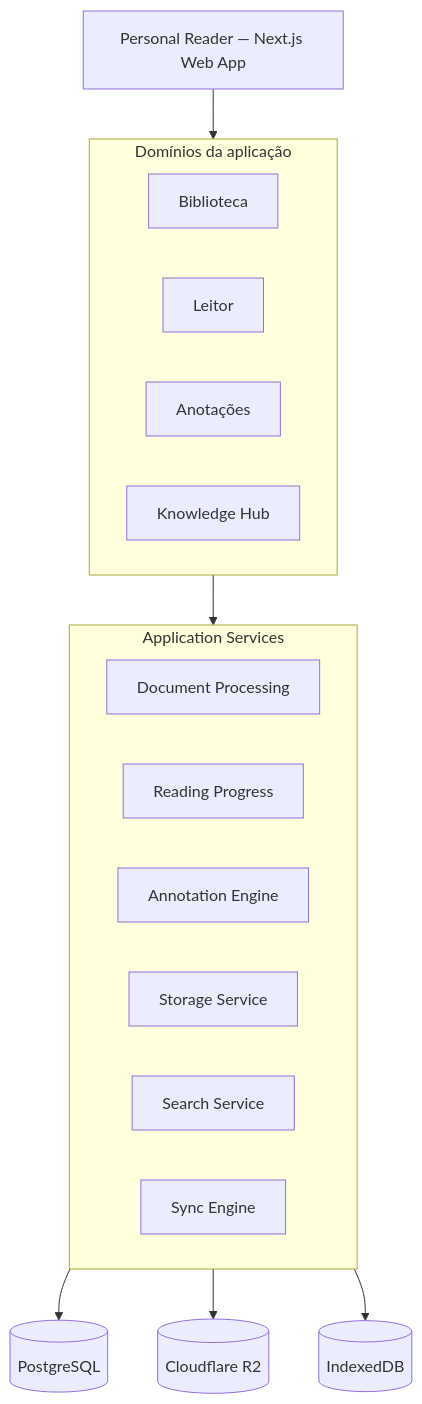
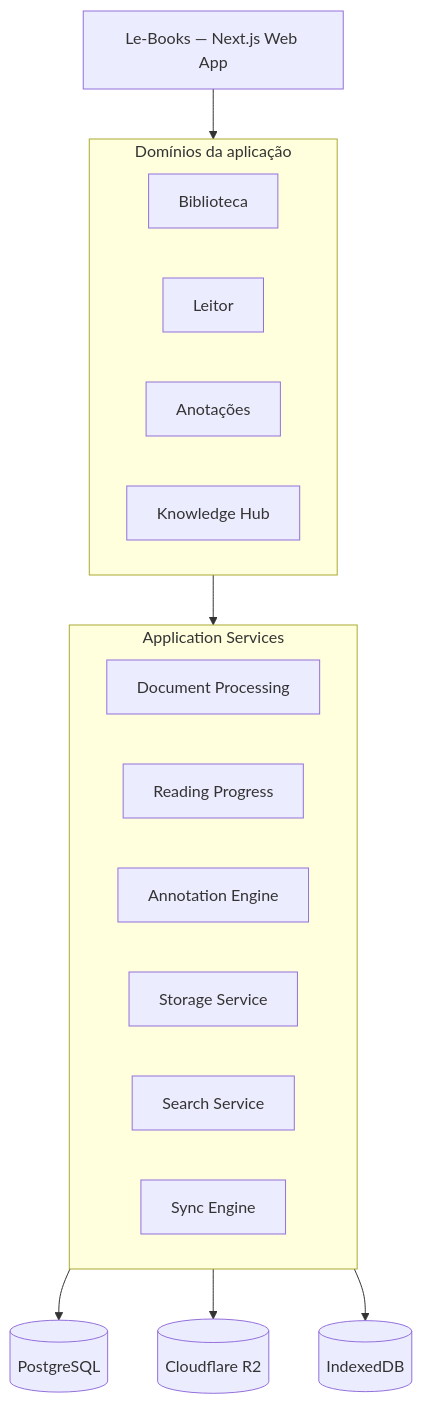
One commit to henriquemachado1993/personal-reader changed the first of 3 diagrams in docs/PRODUCT.md. Above: the diagram before and after it, drawn with Mermaid. The commit also changed other lines of this file and 24 other files, not shown here.

Commit message:
fix: rename app to Le-Books

````diff
--- a/docs/PRODUCT.md
+++ b/docs/PRODUCT.md
@@ -74,30 +74,30 @@
 ``` mermaid
 flowchart TB
-    UI[Personal Reader — Next.js Web App]
+    UI[Le-Books — Next.js Web App]
 
     subgraph Modules[Domínios da aplicação]
       Library[Biblioteca]
       Reader[Leitor]
       Annotations[Anotações]
       Knowledge[Knowledge Hub]
     end
 
     subgraph Services[Application Services]
       Processing[Document Processing]
       Progress[Reading Progress]
       Editor[Annotation Engine]
       Storage[Storage Service]
       Search[Search Service]
       Sync[Sync Engine]
     end
 
     DB[(PostgreSQL)]
     R2[(Cloudflare R2)]
     IDB[(IndexedDB)]
 
     UI --> Modules
     Modules --> Services
     Services --> DB
     Services --> R2
     Services --> IDB
 ```
````
